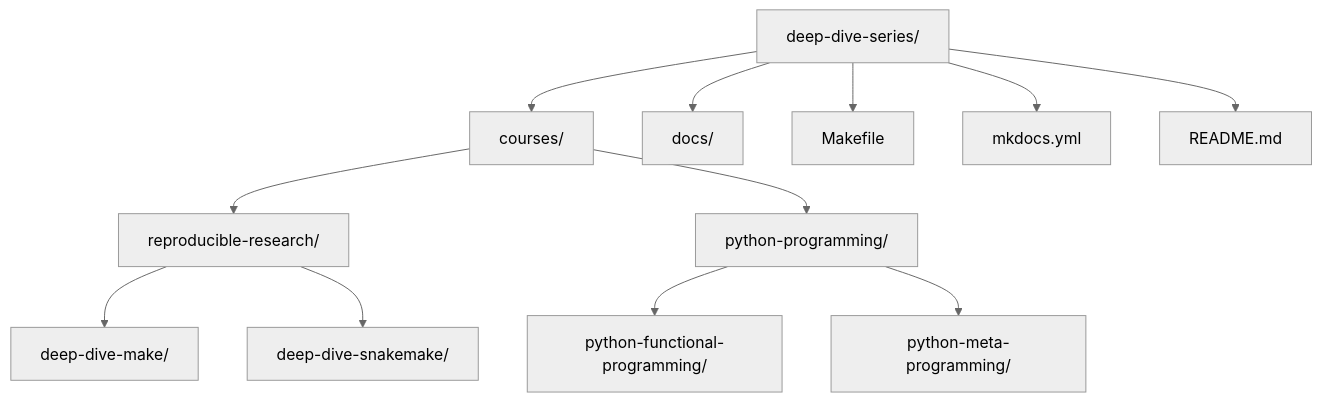
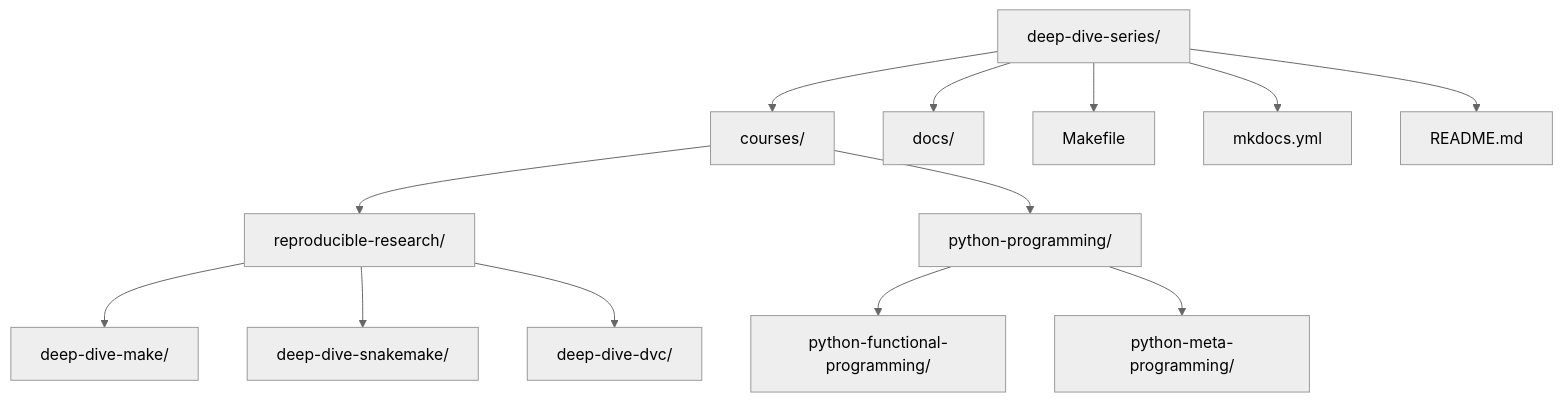
Before and after one commit to bijux/bijux-masterclass: the diagram in README.md, drawn with Mermaid (neutral theme). The commit also changed other lines of this file and 4 other files, not shown here.

Commit message:
docs: add deep dive dvc to series catalog

````diff
--- a/README.md
+++ b/README.md
@@ -9,15 +9,16 @@
 ```mermaid
 graph TD
   root["deep-dive-series/"]
   root --> courses["courses/"]
   root --> docs["docs/"]
   root --> makefile["Makefile"]
   root --> mkdocs["mkdocs.yml"]
   root --> readme["README.md"]
   courses --> research["reproducible-research/"]
   courses --> python["python-programming/"]
   research --> make["deep-dive-make/"]
   research --> snakemake["deep-dive-snakemake/"]
+  research --> dvc["deep-dive-dvc/"]
   python --> functional["python-functional-programming/"]
   python --> meta["python-meta-programming/"]
 ```
````
